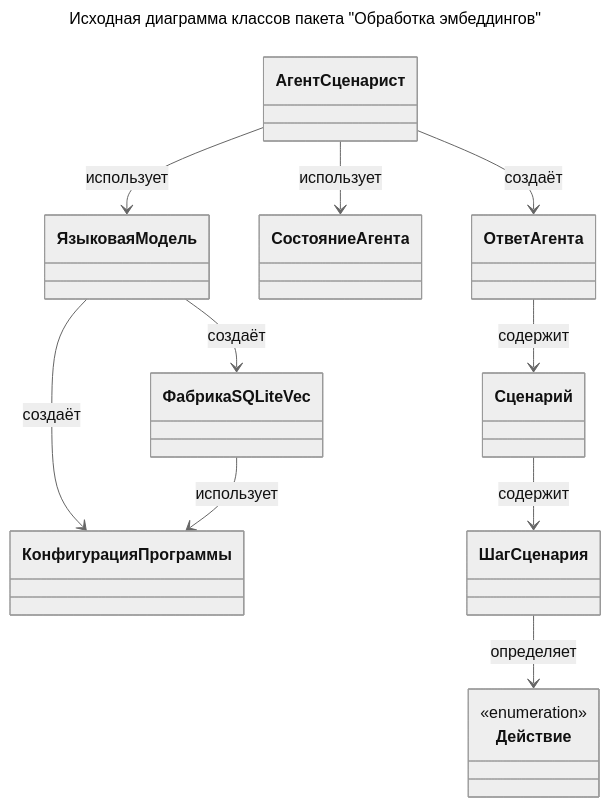
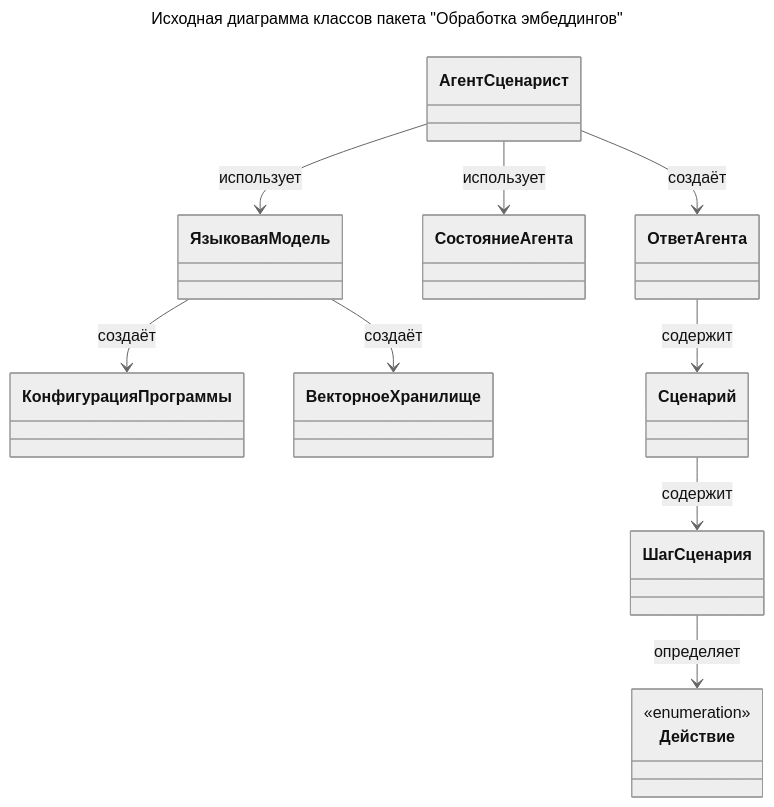
Before and after one commit to CHSU-scenarAIst/diagrammy: the diagram in Пакет Обработка эмбеддингов/1. Исходная диаграмма классов.md, drawn with Mermaid (neutral theme). The commit also changed other lines of this file and 8 other files, not shown here.

````diff
--- a/Пакет Обработка эмбеддингов/1. Исходная диаграмма классов.md
+++ b/Пакет Обработка эмбеддингов/1. Исходная диаграмма классов.md
@@ -10,19 +10,18 @@
 ```mermaid
 ---
 title: Исходная диаграмма классов пакета "Обработка эмбеддингов"
 ---
 classDiagram
     АгентСценарист --> ЯзыковаяМодель : использует
     АгентСценарист --> СостояниеАгента : использует
     АгентСценарист --> ОтветАгента : создаёт
     ЯзыковаяМодель --> КонфигурацияПрограммы : создаёт
-    ЯзыковаяМодель --> ФабрикаSQLiteVec : создаёт
-    ФабрикаSQLiteVec --> КонфигурацияПрограммы : использует
+    ЯзыковаяМодель --> ВекторноеХранилище : создаёт
     ОтветАгента --> Сценарий : содержит
     Сценарий --> ШагСценария : содержит
     ШагСценария --> Действие : определяет
 
     class Действие {
         <<enumeration>>
     }
 ```
````
